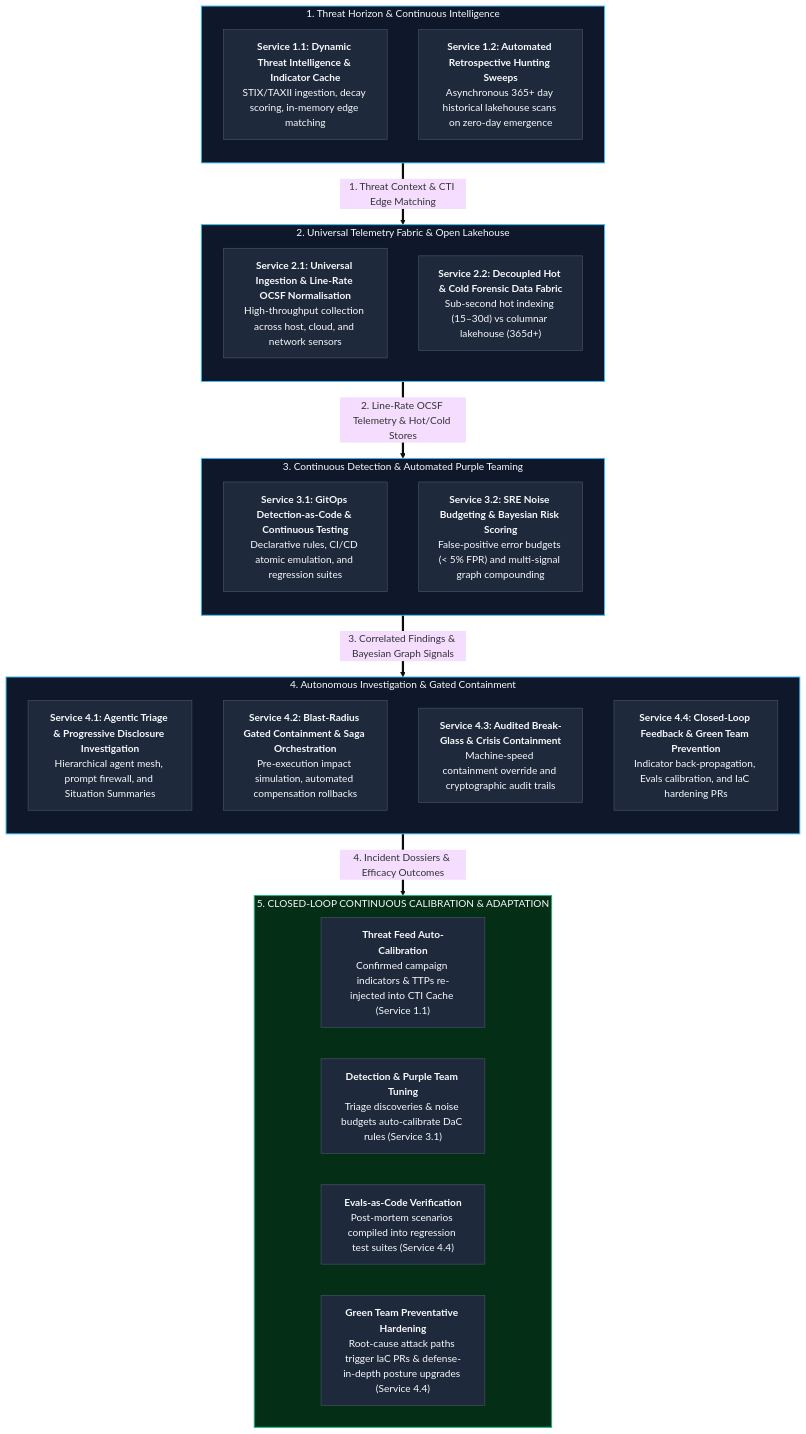
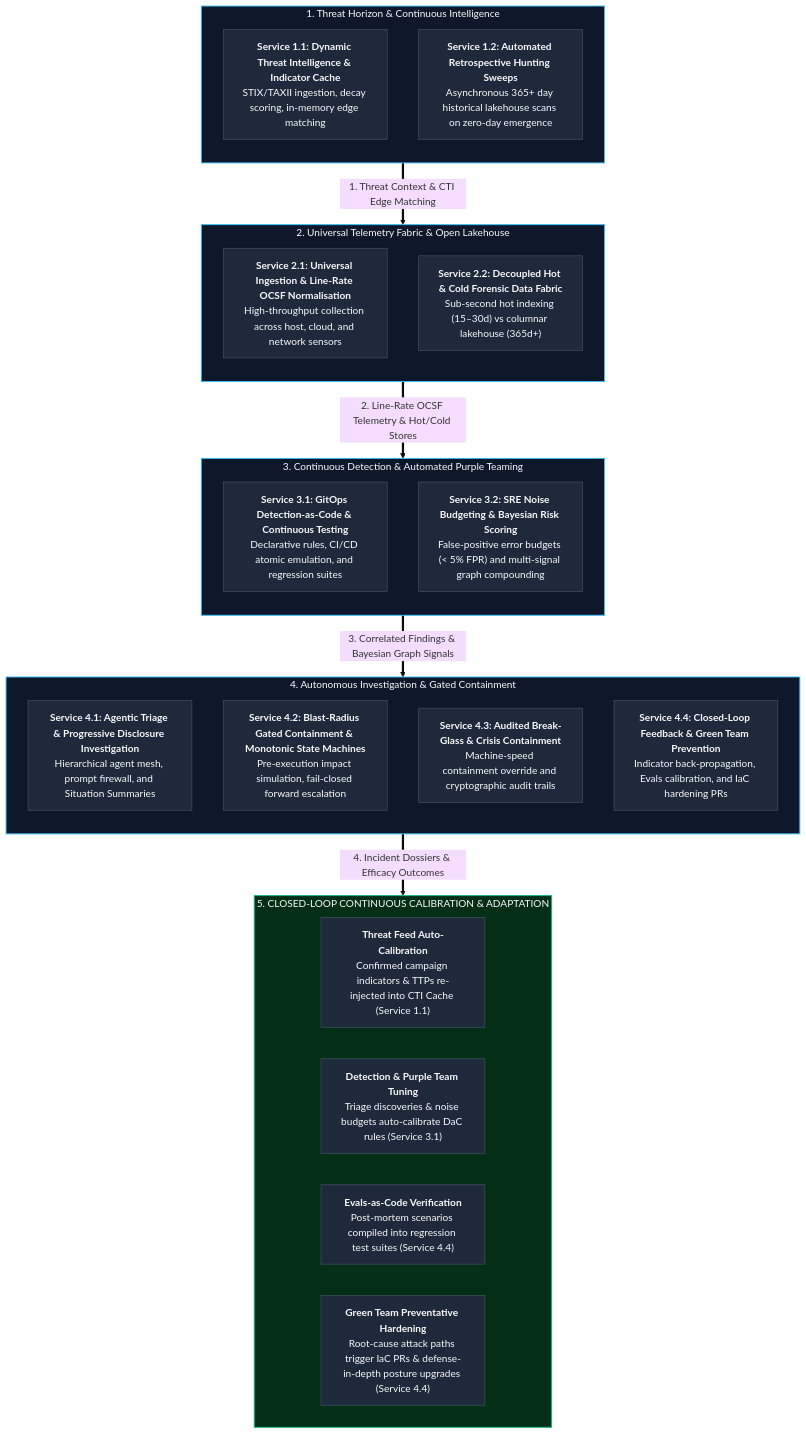
The diagram in docs/architecture/10-macro-capabilities-and-services.md (Haribu/TIDIR), drawn with Mermaid (base theme) before and after one commit. The commit also changed 10 other files, not shown here.

Commit message:
refactor(diagrams): harmonize remaining component diagrams to monotonic containment

````diff
--- a/docs/architecture/10-macro-capabilities-and-services.md
+++ b/docs/architecture/10-macro-capabilities-and-services.md
@@ -13,48 +13,48 @@
 ```mermaid
 flowchart TB
     subgraph MACRO1 ["1. Threat Horizon & Continuous Intelligence"]
         direction TB
         S11["<b>Service 1.1: Dynamic Threat Intelligence & Indicator Cache</b><br>STIX/TAXII ingestion, decay scoring, in-memory edge matching"]
         S12["<b>Service 1.2: Automated Retrospective Hunting Sweeps</b><br>Asynchronous 365+ day historical lakehouse scans on zero-day emergence"]
     end
 
     subgraph MACRO2 ["2. Universal Telemetry Fabric & Open Lakehouse"]
         direction TB
         S21["<b>Service 2.1: Universal Ingestion & Line-Rate OCSF Normalisation</b><br>High-throughput collection across host, cloud, and network sensors"]
         S22["<b>Service 2.2: Decoupled Hot & Cold Forensic Data Fabric</b><br>Sub-second hot indexing (15–30d) vs columnar lakehouse (365d+)"]
     end
 
     subgraph MACRO3 ["3. Continuous Detection & Automated Purple Teaming"]
         direction TB
         S31["<b>Service 3.1: GitOps Detection-as-Code & Continuous Testing</b><br>Declarative rules, CI/CD atomic emulation, and regression suites"]
         S32["<b>Service 3.2: SRE Noise Budgeting & Bayesian Risk Scoring</b><br>False-positive error budgets (&lt; 5% FPR) and multi-signal graph compounding"]
     end
 
     subgraph MACRO4 ["4. Autonomous Investigation & Gated Containment"]
         direction TB
         S41["<b>Service 4.1: Agentic Triage & Progressive Disclosure Investigation</b><br>Hierarchical agent mesh, prompt firewall, and Situation Summaries"]
-        S42["<b>Service 4.2: Blast-Radius Gated Containment & Saga Orchestration</b><br>Pre-execution impact simulation, automated compensation rollbacks"]
+        S42["<b>Service 4.2: Blast-Radius Gated Containment & Monotonic State Machines</b><br>Pre-execution impact simulation, fail-closed forward escalation"]
         S43["<b>Service 4.3: Audited Break-Glass & Crisis Containment</b><br>Machine-speed containment override and cryptographic audit trails"]
         S44["<b>Service 4.4: Closed-Loop Feedback & Green Team Prevention</b><br>Indicator back-propagation, Evals calibration, and IaC hardening PRs"]
     end
 
     subgraph FEEDBACK ["5. CLOSED-LOOP CONTINUOUS CALIBRATION & ADAPTATION"]
         direction LR
         FB1["<b>Threat Feed Auto-Calibration</b><br>Confirmed campaign indicators & TTPs re-injected into CTI Cache (Service 1.1)"]
         FB2["<b>Detection & Purple Team Tuning</b><br>Triage discoveries & noise budgets auto-calibrate DaC rules (Service 3.1)"]
         FB3["<b>Evals-as-Code Verification</b><br>Post-mortem scenarios compiled into regression test suites (Service 4.4)"]
         FB4["<b>Green Team Preventative Hardening</b><br>Root-cause attack paths trigger IaC PRs & defense-in-depth posture upgrades (Service 4.4)"]
     end
 
     MACRO1 ==>|1. Threat Context & CTI Edge Matching| MACRO2
     MACRO2 ==>|2. Line-Rate OCSF Telemetry & Hot/Cold Stores| MACRO3
     MACRO3 ==>|3. Correlated Findings & Bayesian Graph Signals| MACRO4
     MACRO4 ==>|4. Incident Dossiers & Efficacy Outcomes| FEEDBACK
 
     classDef default fill:#1e293b,stroke:#475569,stroke-width:1px,color:#f8fafc;
     classDef macro fill:#0f172a,stroke:#38bdf8,stroke-width:1.5px,color:#f8fafc;
     classDef feedback fill:#052e16,stroke:#10b981,stroke-width:1.5px,color:#f8fafc;
     class S11,S12,S21,S22,S31,S32,S41,S42,S43,S44,FB1,FB2,FB3,FB4 default;
     class MACRO1,MACRO2,MACRO3,MACRO4 macro;
     class FEEDBACK feedback;
 ```
````
